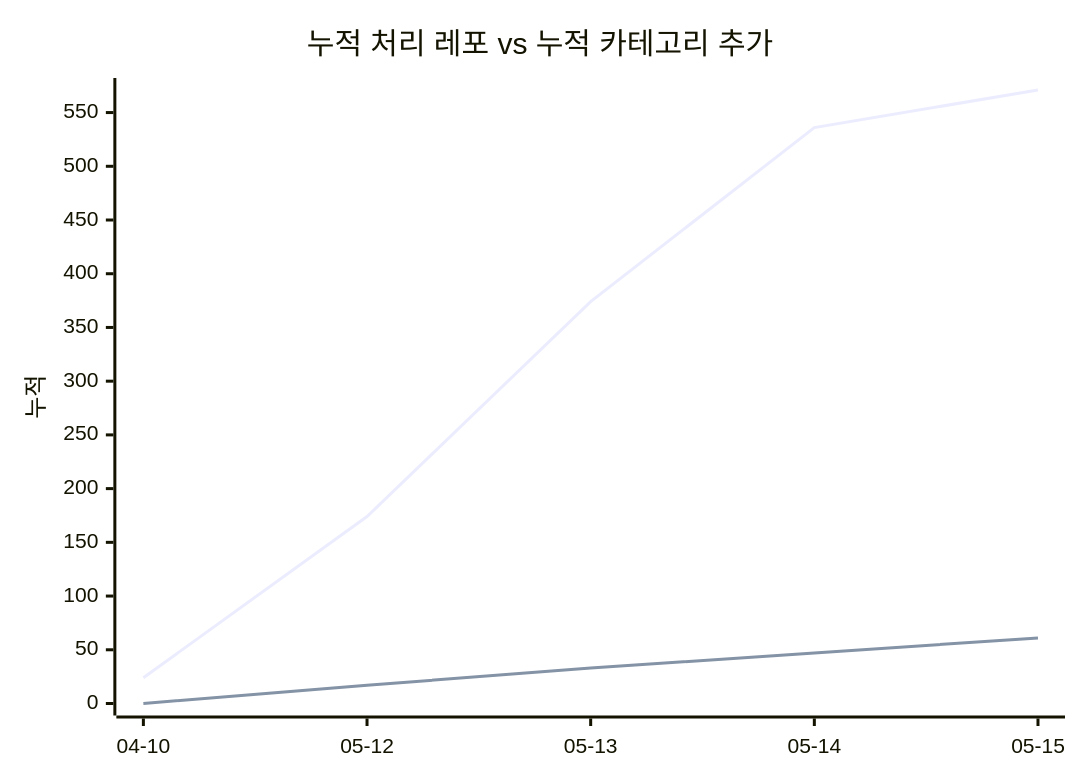
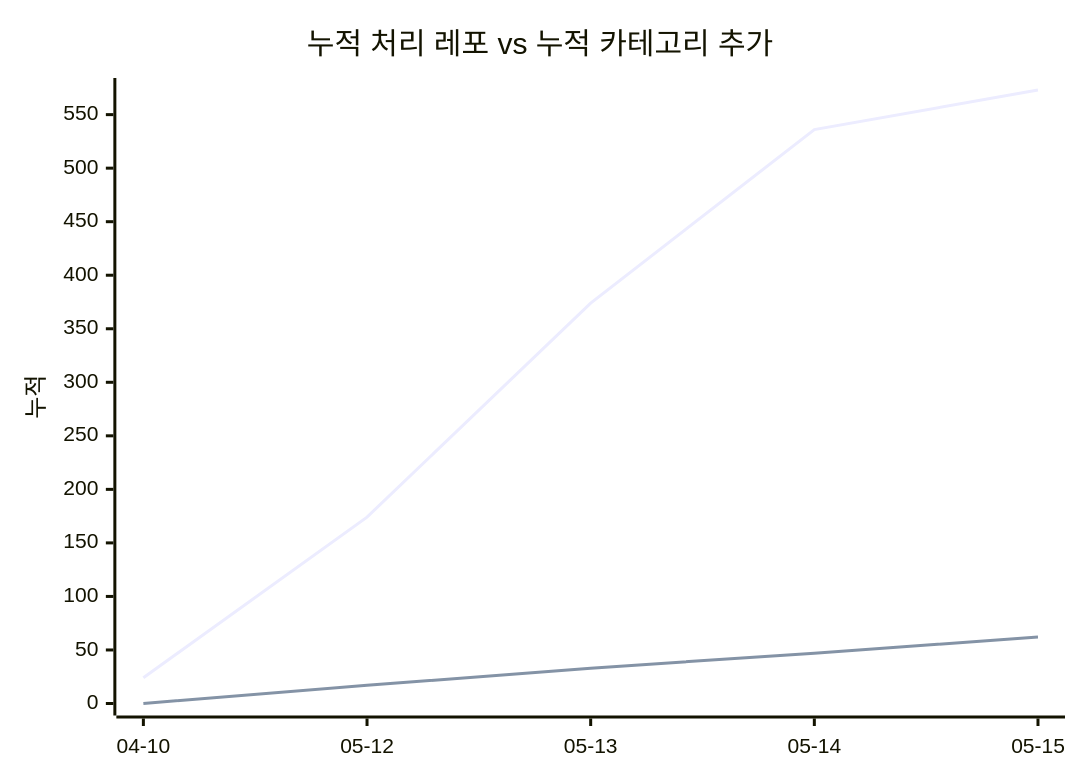
Before and after one commit to J-nowcow/awesome-korean-agent-skills: the second of 2 diagrams in docs/trends.md, drawn with Mermaid. The commit also changed other lines of this file and 4 other files, not shown here.

````diff
--- a/docs/trends.md
+++ b/docs/trends.md
@@ -59,8 +59,8 @@
 ```mermaid
 xychart-beta
     title "누적 처리 레포 vs 누적 카테고리 추가"
     x-axis ["04-10","05-12","05-13","05-14","05-15"]
     y-axis "누적"
-    line [24,174,374,536,571]
-    line [0,17,33,47,61]
+    line [24,174,374,536,573]
+    line [0,17,33,47,62]
 ```
````
